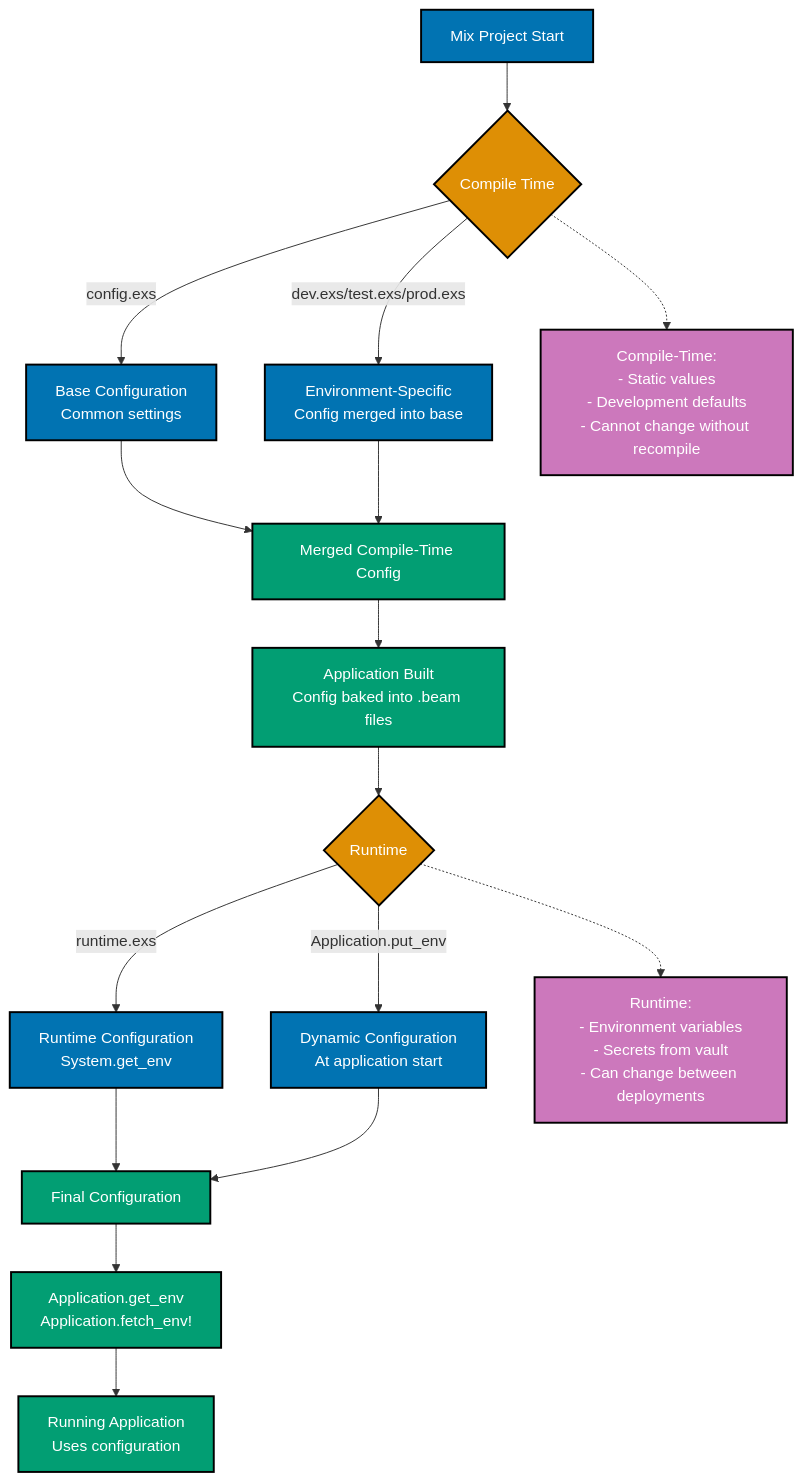
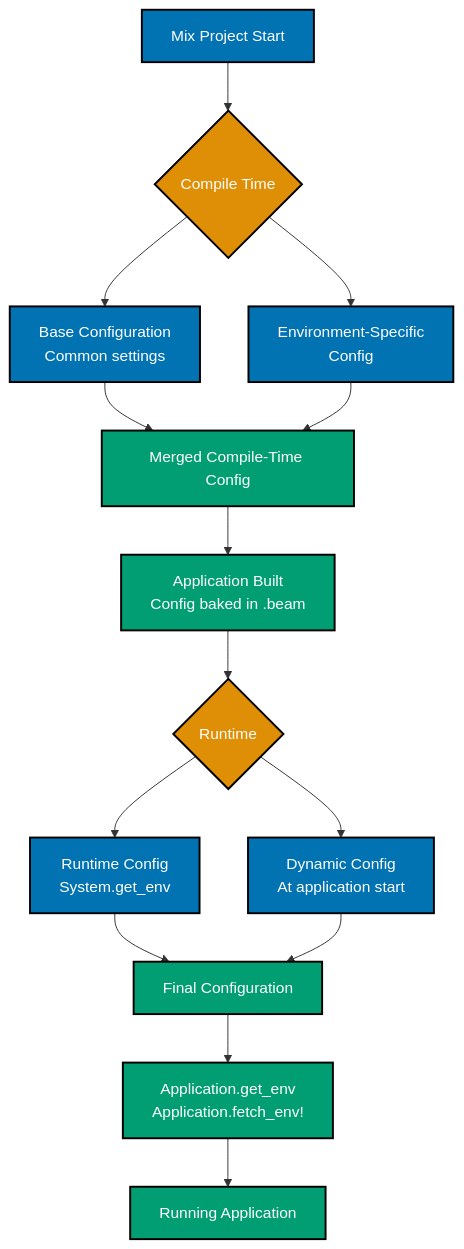
One commit to wahidyankf/open-sharia-enterprise changed the fifth of 7 diagrams in docs/explanation/software-engineering/programming-languages/elixir/otp-application.md. Above: the diagram before and after it, drawn with Mermaid. The commit also changed other lines of this file and 16 other files, not shown here.

First line of the commit message:
fix(docs): fix mermaid violations in elixir docs

````diff
--- a/docs/explanation/software-engineering/programming-languages/elixir/otp-application.md
+++ b/docs/explanation/software-engineering/programming-languages/elixir/otp-application.md
@@ -464,47 +465,39 @@
 ```mermaid
 %% Color Palette: Blue #0173B2, Orange #DE8F05, Teal #029E73, Purple #CC78BC
 %% All colors are color-blind friendly and meet WCAG AA contrast standards
 flowchart TD
     START[Mix Project Start] --> COMPILE{Compile Time}
 
-    COMPILE -->|config.exs| BASE[Base Configuration<br/>Common settings]
-    COMPILE -->|dev.exs/test.exs/prod.exs| ENV[Environment-Specific<br/>Config merged into base]
+    COMPILE --> BASE[Base Configuration<br/>Common settings]
+    COMPILE --> ENV[Environment-Specific<br/>Config]
 
     BASE --> MERGED[Merged Compile-Time Config]
     ENV --> MERGED
 
-    MERGED --> BUILD[Application Built<br/>Config baked into .beam files]
+    MERGED --> BUILD[Application Built<br/>Config baked in .beam]
 
     BUILD --> RUNTIME{Runtime}
 
-    RUNTIME -->|runtime.exs| RUNTIME_CONFIG[Runtime Configuration<br/>System.get_env]
-    RUNTIME -->|Application.put_env| DYNAMIC[Dynamic Configuration<br/>At application start]
+    RUNTIME --> RUNTIME_CONFIG[Runtime Config<br/>System.get_env]
+    RUNTIME --> DYNAMIC[Dynamic Config<br/>At application start]
 
     RUNTIME_CONFIG --> FINAL[Final Configuration]
     DYNAMIC --> FINAL
 
     FINAL --> ACCESS[Application.get_env<br/>Application.fetch_env!]
 
-    ACCESS --> APP[Running Application<br/>Uses configuration]
-
-    Note1[Compile-Time:<br/>- Static values<br/>- Development defaults<br/>- Cannot change without recompile]
-    Note2[Runtime:<br/>- Environment variables<br/>- Secrets from vault<br/>- Can change between deployments]
-
-    COMPILE -.-> Note1
-    RUNTIME -.-> Note2
+    ACCESS --> APP[Running Application]
 
     style START fill:#0173B2,stroke:#000000,color:#FFFFFF,stroke-width:2px
     style COMPILE fill:#DE8F05,stroke:#000000,color:#FFFFFF,stroke-width:2px
     style BASE fill:#0173B2,stroke:#000000,color:#FFFFFF,stroke-width:2px
     style ENV fill:#0173B2,stroke:#000000,color:#FFFFFF,stroke-width:2px
     style MERGED fill:#029E73,stroke:#000000,color:#FFFFFF,stroke-width:2px
     style BUILD fill:#029E73,stroke:#000000,color:#FFFFFF,stroke-width:2px
     style RUNTIME fill:#DE8F05,stroke:#000000,color:#FFFFFF,stroke-width:2px
     style RUNTIME_CONFIG fill:#0173B2,stroke:#000000,color:#FFFFFF,stroke-width:2px
     style DYNAMIC fill:#0173B2,stroke:#000000,color:#FFFFFF,stroke-width:2px
     style FINAL fill:#029E73,stroke:#000000,color:#FFFFFF,stroke-width:2px
     style ACCESS fill:#029E73,stroke:#000000,color:#FFFFFF,stroke-width:2px
     style APP fill:#029E73,stroke:#000000,color:#FFFFFF,stroke-width:2px
-    style Note1 fill:#CC78BC,stroke:#000000,color:#FFFFFF,stroke-width:2px
-    style Note2 fill:#CC78BC,stroke:#000000,color:#FFFFFF,stroke-width:2px
 ```
````
